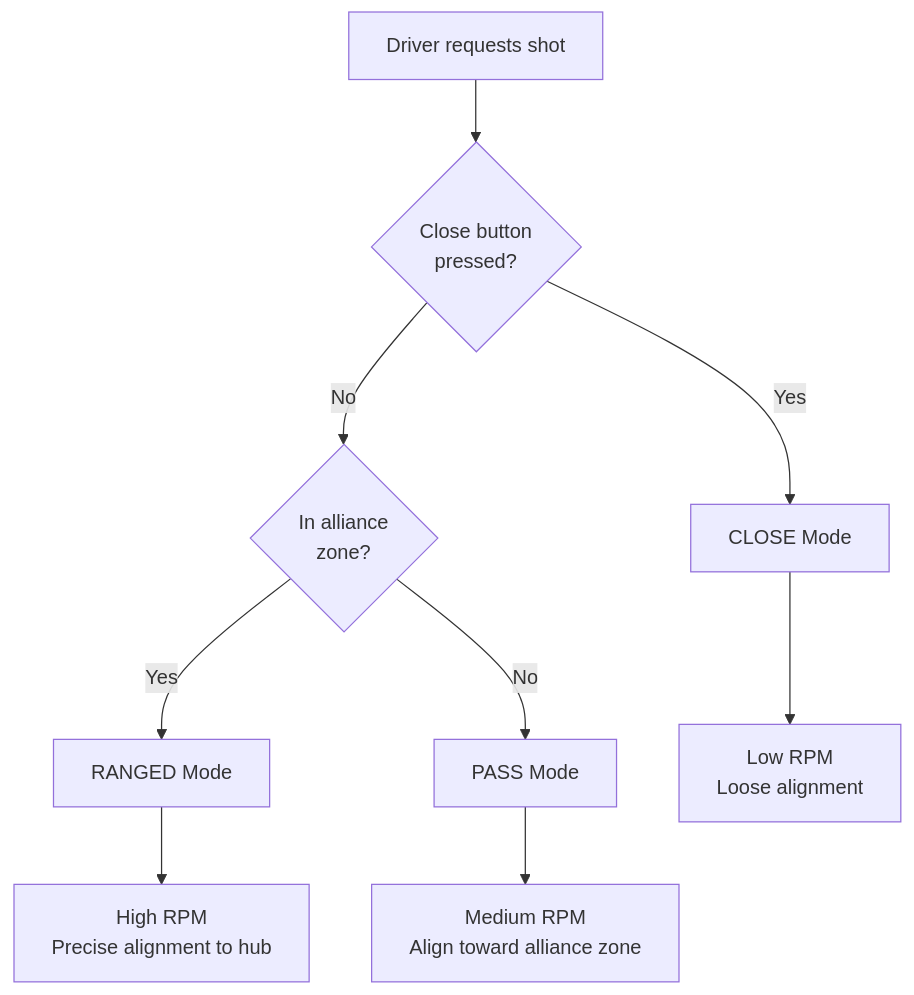
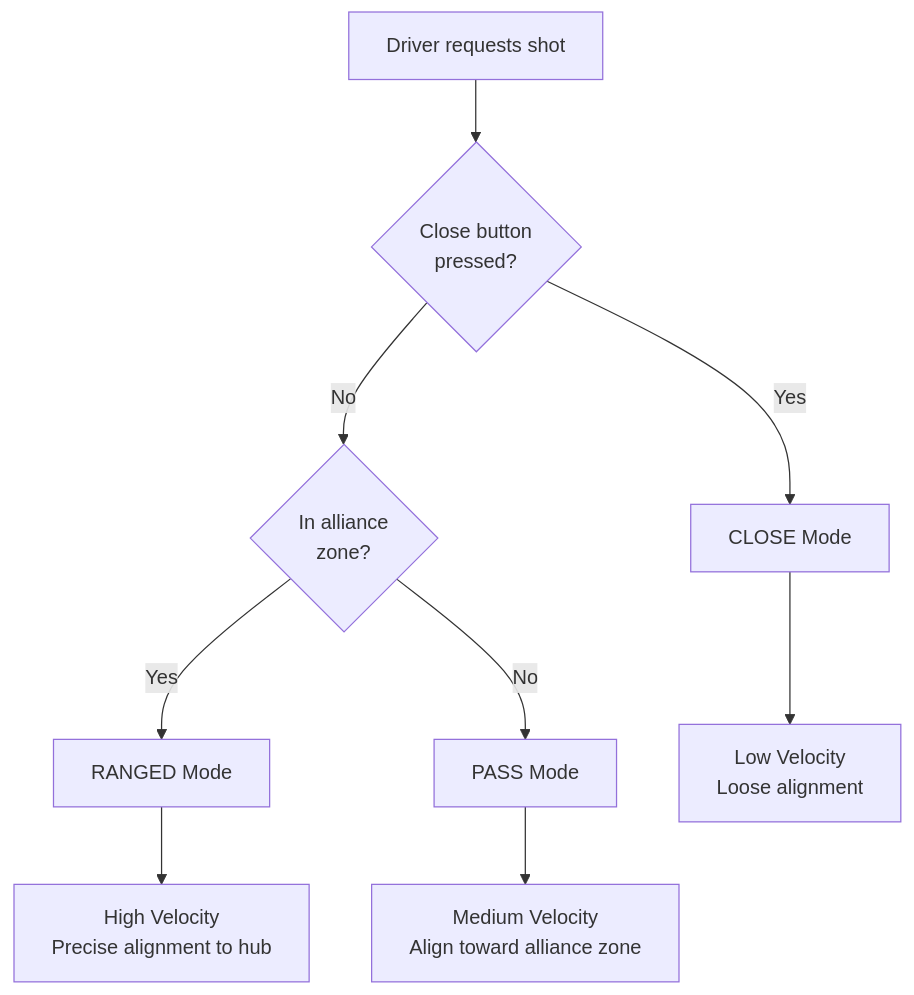
One commit to FRCTeam360/RainMaker26 changed the diagram in docs/ShotModeSelection.mmd. Above: the diagram before and after it, drawn with Mermaid. The commit also changed 21 other files, not shown here.

Commit message:
Rename RPM to Velocity

```diff
--- a/docs/ShotModeSelection.mmd
+++ b/docs/ShotModeSelection.mmd
@@ -1,11 +1,11 @@
 %% Shot Mode Selection Flowchart
 flowchart TD
     A[Driver requests shot] --> B{Close button<br>pressed?}
     B -->|Yes| C[CLOSE Mode]
     B -->|No| D{In alliance<br>zone?}
     D -->|Yes| E[RANGED Mode]
     D -->|No| F[PASS Mode]
 
-    C --> G[Low RPM<br>Loose alignment]
-    E --> H[High RPM<br>Precise alignment to hub]
-    F --> I[Medium RPM<br>Align toward alliance zone]
+    C --> G[Low Velocity<br>Loose alignment]
+    E --> H[High Velocity<br>Precise alignment to hub]
+    F --> I[Medium Velocity<br>Align toward alliance zone]
```
